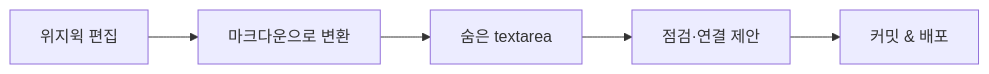
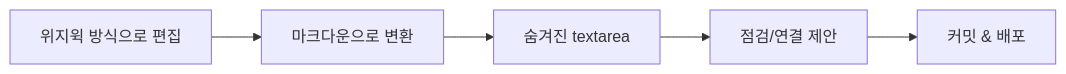
One commit to RJ-Stony/injoy changed the diagram in src/content/posts/wysiwyg-editor.md. Above: the diagram before and after it, drawn with Mermaid. The commit also changed other lines of this file and 1 other file, not shown here.

````diff
--- a/src/content/posts/wysiwyg-editor.md
+++ b/src/content/posts/wysiwyg-editor.md
@@ -48,7 +48,7 @@
 ```mermaid
 flowchart LR
-    A[위지윅 편집] --> B[마크다운으로 변환]
-    B --> C[숨은 textarea]
-    C --> D[점검·연결 제안]
+    A[위지윅 방식으로 편집] --> B[마크다운으로 변환]
+    B --> C[숨겨진 textarea]
+    C --> D[점검/연결 제안]
     D --> E[커밋 & 배포]
 ```
````
